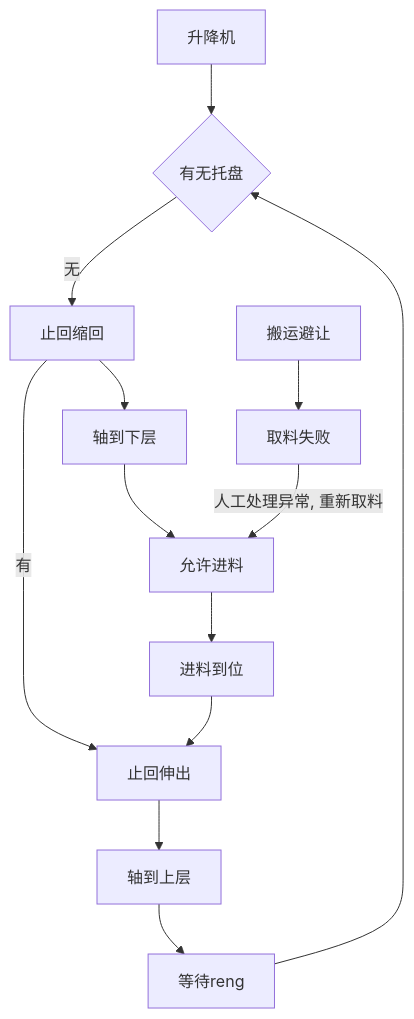
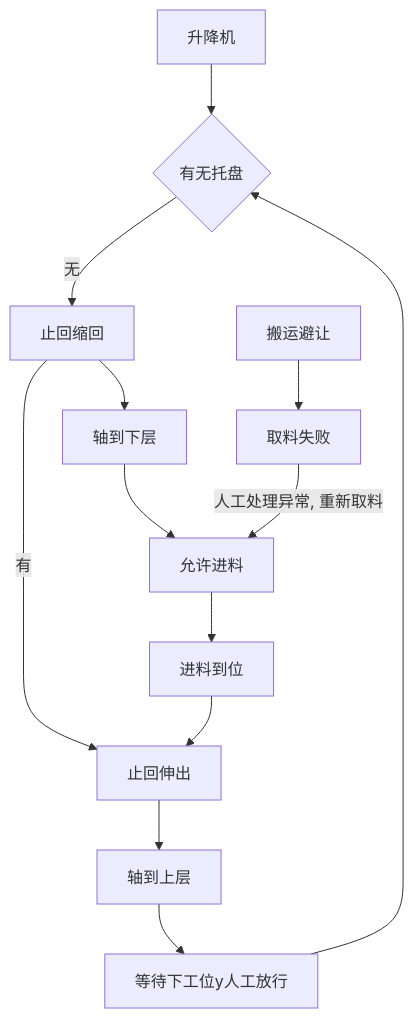
One commit to PengKun1/iodraw-files changed the diagram in all/升降台.md. Above: the diagram before and after it, drawn with Mermaid.

Commit message:
2024-12-23 10:20:23 update

````diff
--- a/all/升降台.md
+++ b/all/升降台.md
@@ -1,16 +1,16 @@
 ```mermaid
 graph TD
 0[升降机]-->10
 10{有无托盘}-->|无|20
 20-->|有|60
 20[止回缩回]-->30
 30[轴到下层]-->40
 40[允许进料]-->50
 50[进料到位]-->60
 60[止回伸出]-->70
 70[轴到上层]-->80
-80[等待reng]-->10
+80[等待下工位y人工放行]-->10
 90[搬运避让]-->900
 
 900[取料失败]-->|人工处理异常, 重新取料|40
 ```
````
